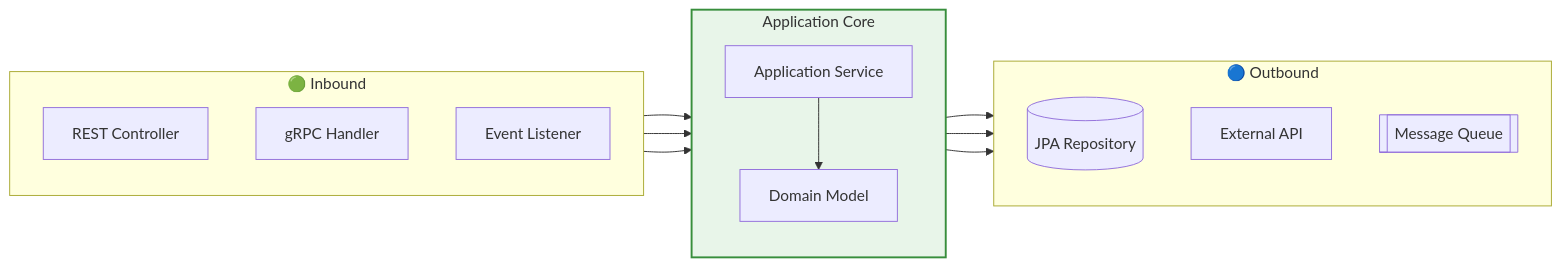
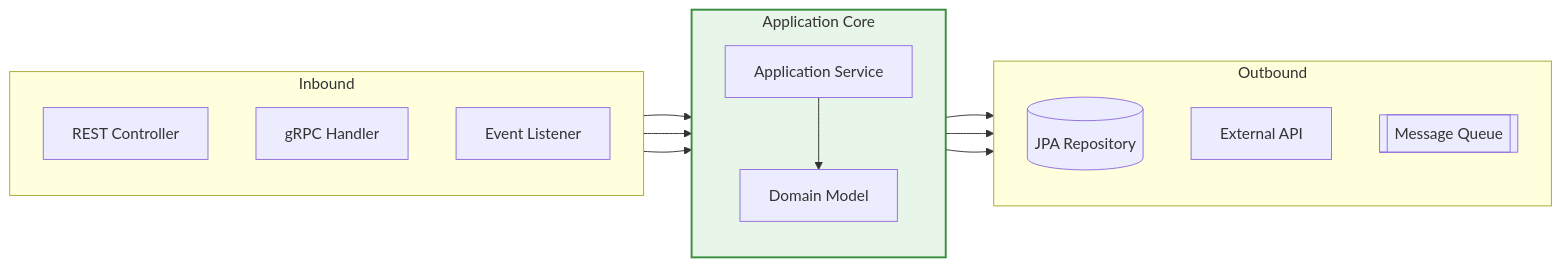
Before and after one commit to disj11/disj11.github.io: the third of 6 diagrams in content/posts/ddd-hexagonal-architecture-guide.md, drawn with Mermaid. The commit also changed other lines of this file and 25 other files, not shown here.

````diff
--- a/content/posts/ddd-hexagonal-architecture-guide.md
+++ b/content/posts/ddd-hexagonal-architecture-guide.md
@@ -124,28 +124,28 @@
 ```mermaid
 flowchart LR
-    subgraph IN["🟢 Inbound"]
+    subgraph IN["Inbound"]
         direction TB
         REST["REST Controller"]
         GRPC["gRPC Handler"]
         EVENT["Event Listener"]
     end
     
     subgraph CORE["Application Core"]
         direction TB
         APP["Application Service"]
         DOM["Domain Model"]
     end
     
-    subgraph OUT["🔵 Outbound"]
+    subgraph OUT["Outbound"]
         direction TB
         JPA[("JPA Repository")]
         API["External API"]
         MQ[["Message Queue"]]
     end
     
     REST & GRPC & EVENT --> APP
     APP --> DOM
     APP --> JPA & API & MQ
     
     style CORE fill:#e8f5e9,stroke:#388e3c,stroke-width:2px
 ```
````
